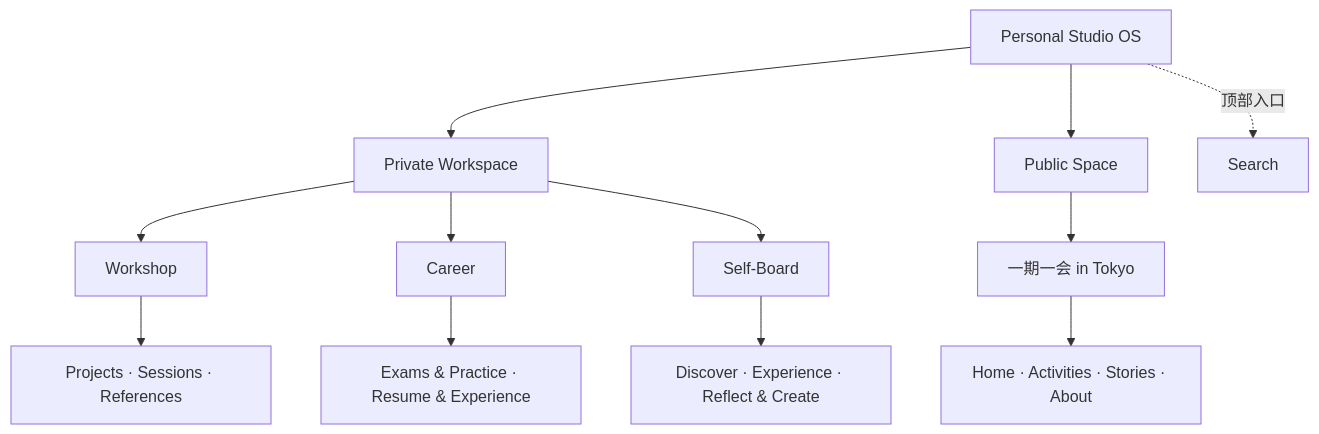
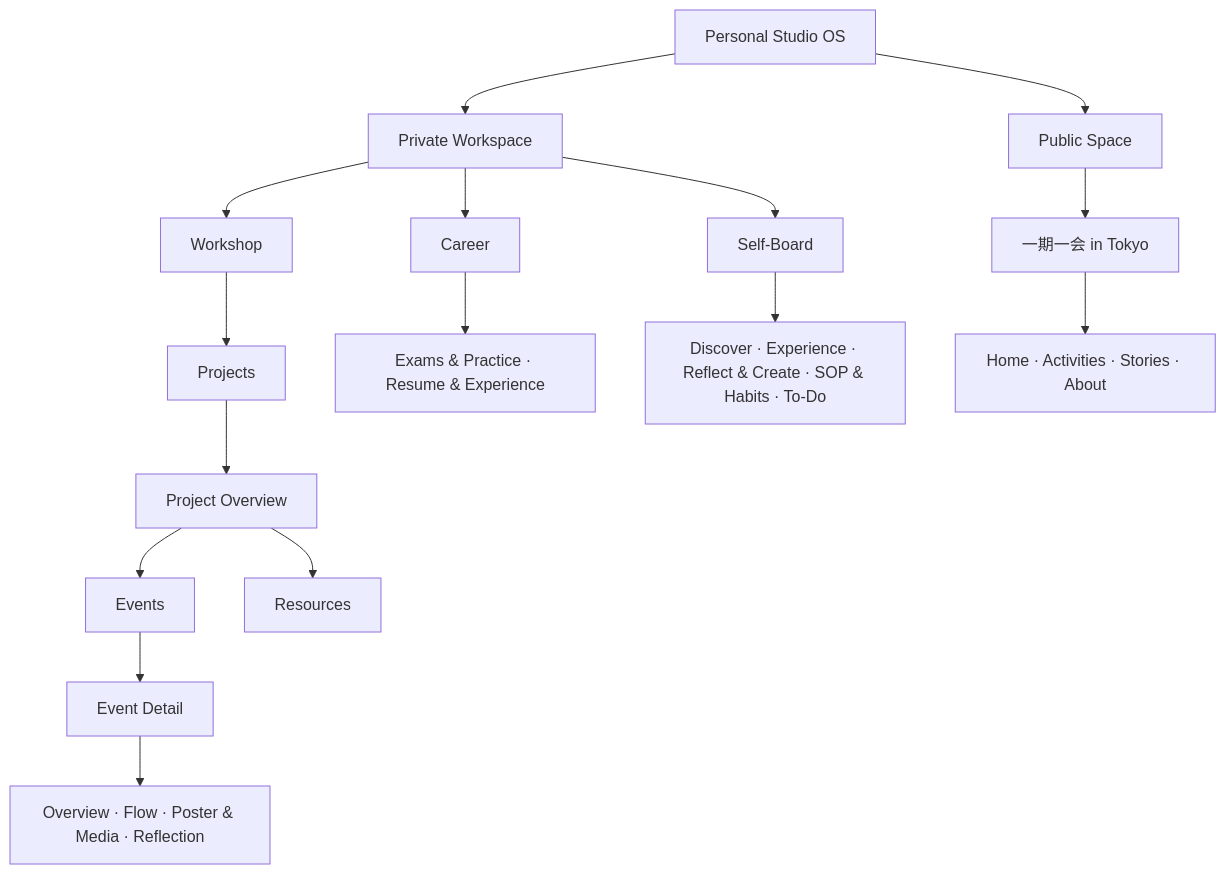
Before and after one commit to Emily95Yi/personal-studio-os: the diagram in docs/architecture.md, drawn with Mermaid. The commit also changed other lines of this file and 6 other files, not shown here.

Commit message:
Nest Workshop projects and expand Self-Board views

````diff
--- a/docs/architecture.md
+++ b/docs/architecture.md
@@ -5,10 +5,12 @@
 ```mermaid
 flowchart TB
   Home["Personal Studio OS"] --> Private["Private Workspace"]
   Home --> Public["Public Space"]
-  Private --> Workshop["Workshop"] --> W["Projects · Sessions · References"]
+  Private --> Workshop["Workshop"] --> Projects["Projects"] --> Project["Project Overview"]
+  Project --> Events["Events"] --> Event["Event Detail"]
+  Project --> Resources["Resources"]
+  Event --> Sections["Overview · Flow · Poster & Media · Reflection"]
   Private --> Career["Career"] --> C["Exams & Practice · Resume & Experience"]
-  Private --> Self["Self-Board"] --> S["Discover · Experience · Reflect & Create"]
+  Private --> Self["Self-Board"] --> S["Discover · Experience · Reflect & Create · SOP & Habits · To-Do"]
   Public --> Tokyo["一期一会 in Tokyo"] --> T["Home · Activities · Stories · About"]
-  Home -. "顶部入口" .-> Search["Search"]
 ```
````
